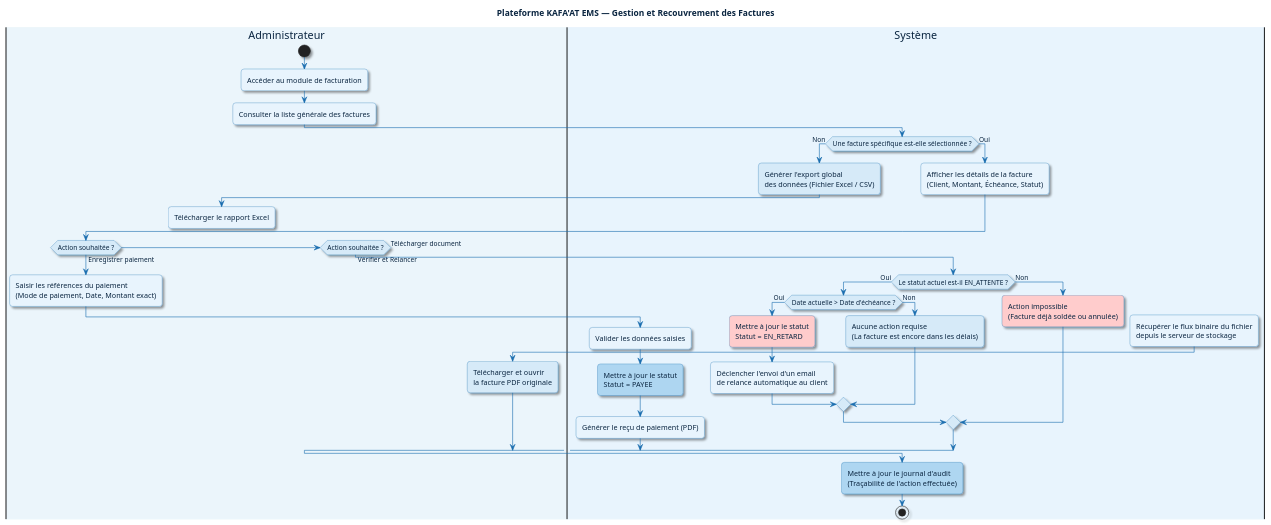
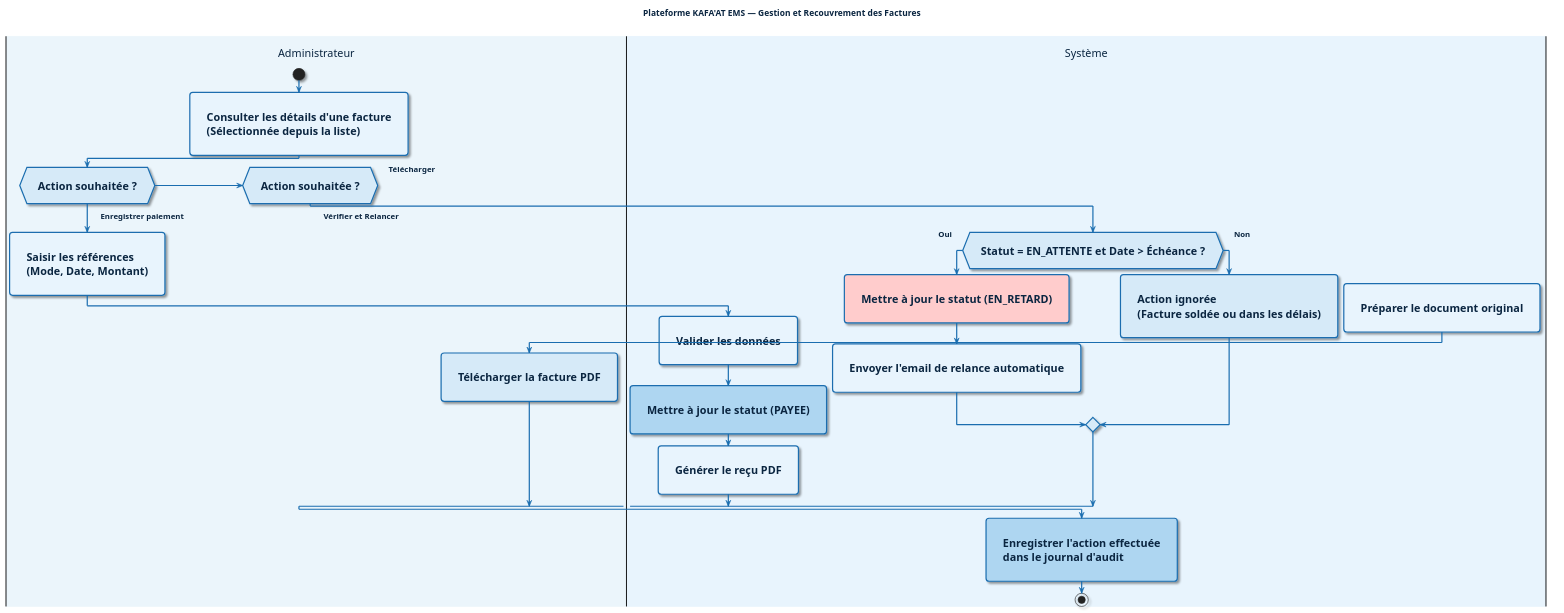
Before and after one commit to Ed-dahmanyRedouane/rapport-pfe-kafaat-2026: the diagram in images/PlantUML/activite-recouvrement.plantuml, drawn with PlantUML. The commit also changed 21 other files, not shown here.

Commit message:
docs: optimisation de la résolution et lisibilité des diagrammes PlantUML

```diff
--- a/images/PlantUML/activite-recouvrement.plantuml
+++ b/images/PlantUML/activite-recouvrement.plantuml
@@ -1,67 +1,64 @@
 @startuml
+
+skinparam Padding 18
+skinparam arrowThickness 2
+skinparam ActivityBorderThickness 2
+skinparam PartitionBorderThickness 2
+
+skinparam defaultFontSize 18
+skinparam defaultFontStyle bold
+skinparam ActivityFontSize 18
+skinparam ActivityFontStyle bold
+skinparam ActivityDiamondFontSize 18
+skinparam ActivityDiamondFontStyle bold
+skinparam ArrowFontSize 13
+skinparam ArrowFontStyle bold
 
 skinparam ActivityBackgroundColor #E8F4FD
 skinparam ActivityBorderColor #1A6DAF
 skinparam ActivityDiamondBackgroundColor #D6EAF8
 skinparam ActivityDiamondBorderColor #1A6DAF
 skinparam ActivityArrowColor #1A6DAF
 skinparam defaultFontColor #0A2540
 skinparam PartitionBackgroundColor #EBF5FB
 skinparam PartitionBorderColor #1A6DAF
 skinparam PartitionFontColor #1A6DAF
-skinparam PartitionFontSize 13
+skinparam PartitionFontSize 16
 skinparam PartitionFontStyle bold
 skinparam roundcorner 10
 skinparam shadowing true
 
 title Plateforme KAFA'AT EMS — Gestion et Recouvrement des Factures
 
 |#EBF5FB|Administrateur|
 start
-:Accéder au module de facturation;
-:Consulter la liste générale des factures;
+:Consulter les détails d'une facture\n(Sélectionnée depuis la liste);
 
-|#E8F4FD|Système|
-if (Une facture spécifique est-elle sélectionnée ?) then (Non)
-  #D6EAF8:Générer l'export global\ndes données (Fichier Excel / CSV);
-  |#EBF5FB|Administrateur|
-  :Télécharger le rapport Excel;
-  kill
-else (Oui)
+if (Action souhaitée ?) then (Enregistrer paiement)
+  :Saisir les références\n(Mode, Date, Montant);
   |#E8F4FD|Système|
-  :Afficher les détails de la facture\n(Client, Montant, Échéance, Statut);
-endif
-
-|#EBF5FB|Administrateur|
-if (Action souhaitée ?) then (Enregistrer paiement)
-  :Saisir les références du paiement\n(Mode de paiement, Date, Montant exact);
-  |#E8F4FD|Système|
-  :Valider les données saisies;
-  #AED6F1:Mettre à jour le statut\nStatut = PAYEE;
-  :Générer le reçu de paiement (PDF);
+  :Valider les données;
+  #AED6F1:Mettre à jour le statut (PAYEE);
+  :Générer le reçu PDF;
 
 elseif (Action souhaitée ?) then (Vérifier et Relancer)
   |#E8F4FD|Système|
-  if (Le statut actuel est-il EN_ATTENTE ?) then (Oui)
-    if (Date actuelle > Date d'échéance ?) then (Oui)
-      #FFCCCC:Mettre à jour le statut\nStatut = EN_RETARD;
-      :Déclencher l'envoi d'un email\nde relance automatique au client;
-    else (Non)
-      #D6EAF8:Aucune action requise\n(La facture est encore dans les délais);
-    endif
+  if (Statut = EN_ATTENTE et Date > Échéance ?) then (Oui)
+    #FFCCCC:Mettre à jour le statut (EN_RETARD);
+    :Envoyer l'email de relance automatique;
   else (Non)
-    #FFCCCC:Action impossible\n(Facture déjà soldée ou annulée);
+    #D6EAF8:Action ignorée\n(Facture soldée ou dans les délais);
   endif
 
-else (Télécharger document)
+else (Télécharger)
   |#E8F4FD|Système|
-  :Récupérer le flux binaire du fichier\ndepuis le serveur de stockage;
+  :Préparer le document original;
   |#EBF5FB|Administrateur|
-  #D6EAF8:Télécharger et ouvrir\nla facture PDF originale;
+  #D6EAF8:Télécharger la facture PDF;
 endif
 
 |#E8F4FD|Système|
-#AED6F1:Mettre à jour le journal d'audit\n(Traçabilité de l'action effectuée);
+#AED6F1:Enregistrer l'action effectuée\ndans le journal d'audit;
 stop
 
 @enduml
```
